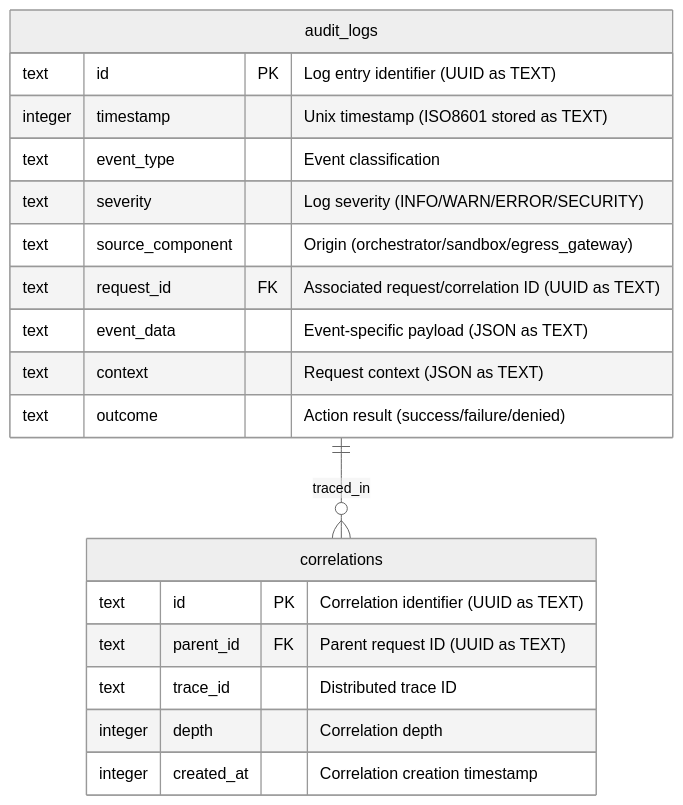
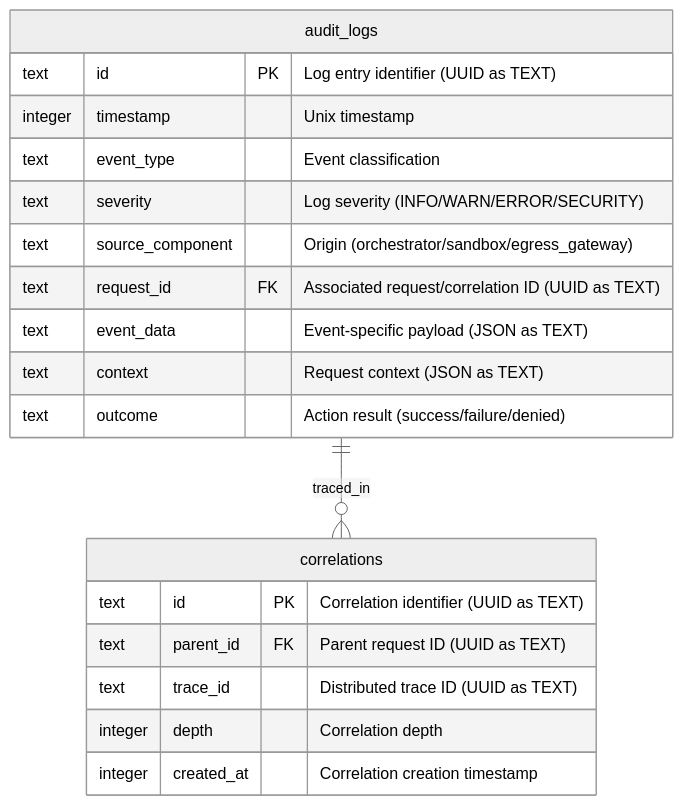
Before and after one commit to openkraken-ai/openkraken: the fourth of 6 diagrams in TechSpec.md, drawn with Mermaid (neutral theme). The commit also changed other lines of this file and 1 other file, not shown here.

````diff
--- a/TechSpec.md
+++ b/TechSpec.md
@@ -596,24 +606,24 @@
 ```mermaid
 erDiagram
     audit_logs {
         text id PK "Log entry identifier (UUID as TEXT)"
-        integer timestamp "Unix timestamp (ISO8601 stored as TEXT)"
+        integer timestamp "Unix timestamp"
         text event_type "Event classification"
         text severity "Log severity (INFO/WARN/ERROR/SECURITY)"
         text source_component "Origin (orchestrator/sandbox/egress_gateway)"
         text request_id FK "Associated request/correlation ID (UUID as TEXT)"
         text event_data "Event-specific payload (JSON as TEXT)"
         text context "Request context (JSON as TEXT)"
         text outcome "Action result (success/failure/denied)"
     }
     
     correlations {
         text id PK "Correlation identifier (UUID as TEXT)"
         text parent_id FK "Parent request ID (UUID as TEXT)"
-        text trace_id "Distributed trace ID"
+        text trace_id "Distributed trace ID (UUID as TEXT)"
         integer depth "Correlation depth"
         integer created_at "Correlation creation timestamp"
     }
     
     audit_logs ||--o{ correlations : "traced_in"
 ```
````
